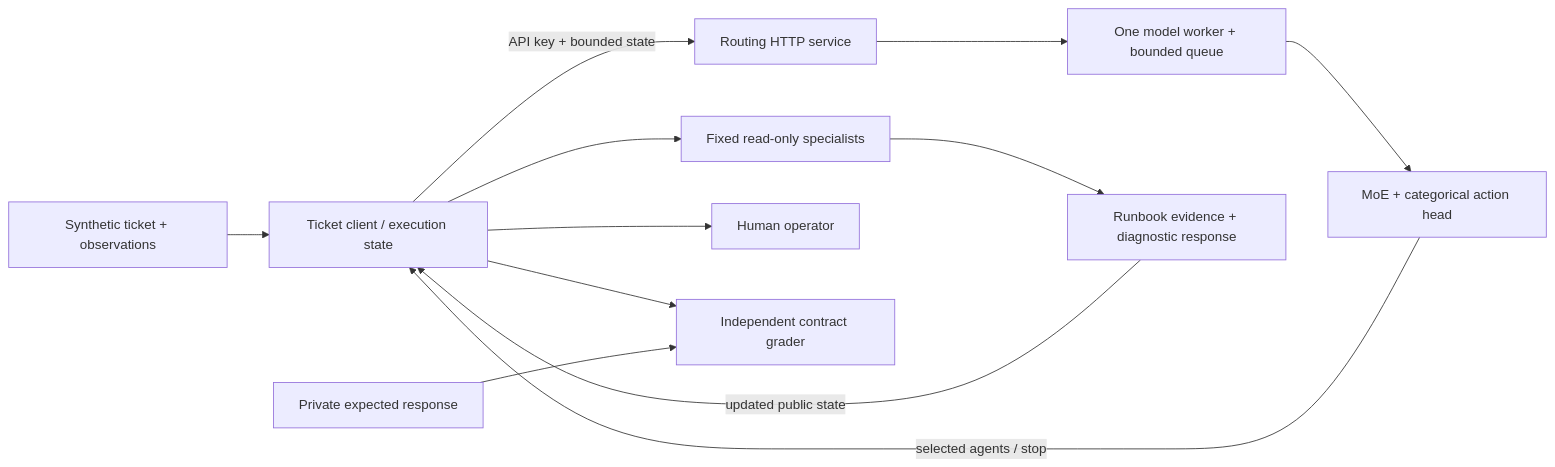
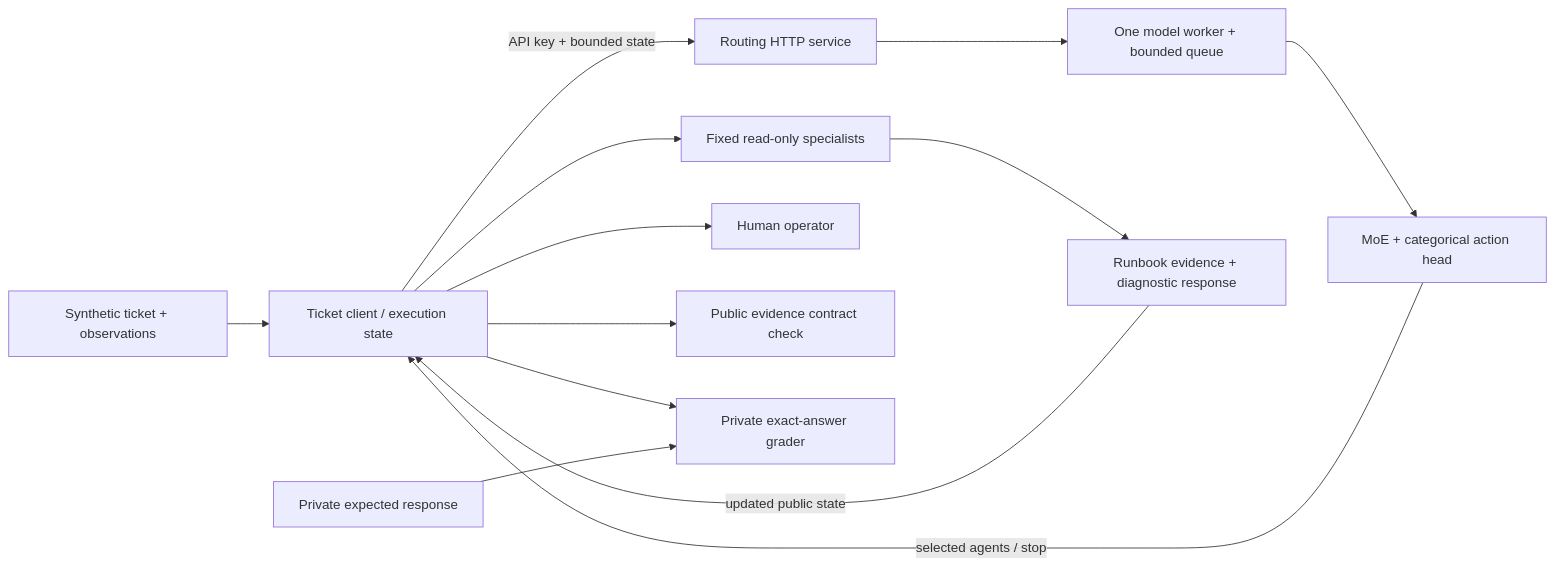
Before and after one commit to darshgarg7/Conductor: the diagram in docs/customer_case_study.md, drawn with Mermaid. The commit also changed other lines of this file and 29 other files, not shown here.

Commit message:
Publish measured CPU support acceptance results and architecture walkthrough

````diff
--- a/docs/customer_case_study.md
+++ b/docs/customer_case_study.md
@@ -40,14 +40,15 @@
 ```mermaid
 flowchart LR
     T[Synthetic ticket + observations] --> C[Ticket client / execution state]
     C -->|API key + bounded state| H[Routing HTTP service]
     H --> W[One model worker + bounded queue]
     W --> M[MoE + categorical action head]
     M -->|selected agents / stop| C
     C --> A[Fixed read-only specialists]
     A --> R[Runbook evidence + diagnostic response]
     R -->|updated public state| C
     C --> O[Human operator]
-    C --> G[Independent contract grader]
+    C --> E[Public evidence contract check]
+    C --> G[Private exact-answer grader]
     L[Private expected response] --> G
 ```
````
